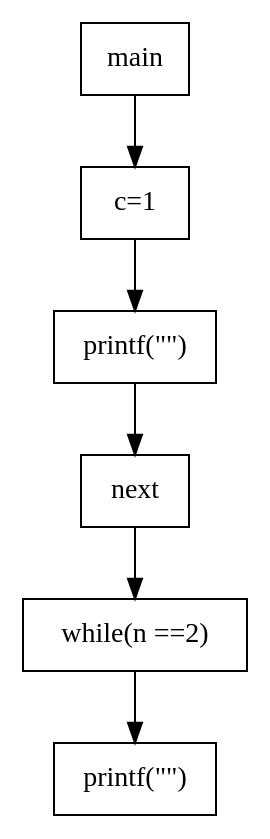
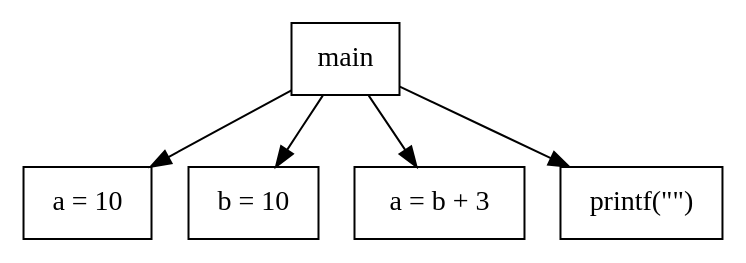
Before and after one commit to Naindeep-Singh/code_format: the diagram in input.dot, drawn with Graphviz. The commit also changed 7 other files, not shown here.

```diff
--- a/input.dot
+++ b/input.dot
@@ -1,16 +1,14 @@
 digraph G {
-  node[shape=box]
+            node[shape=box]
 
-  0 [label="main"]
-  1 [label="c=1"]
-  2 [label="printf(\"\")"]
-  3 [label="next"]
-  4 [label="while(n ==2)"]
-  5 [label="printf(\"\")"]
+            0 [label="main"]
+            1 [label="a = 10"]
+            2 [label="b = 10"]
+            3 [label="a = b + 3"]
+            4 [label="printf(\"\")"]
 
-  0 -> 1
-  1 -> 2
-  2 -> 3
-  3 -> 4
-  4 -> 5
-}
+            0 -> 1
+            0 -> 2
+            0 -> 3
+            0 -> 4
+        }
```
